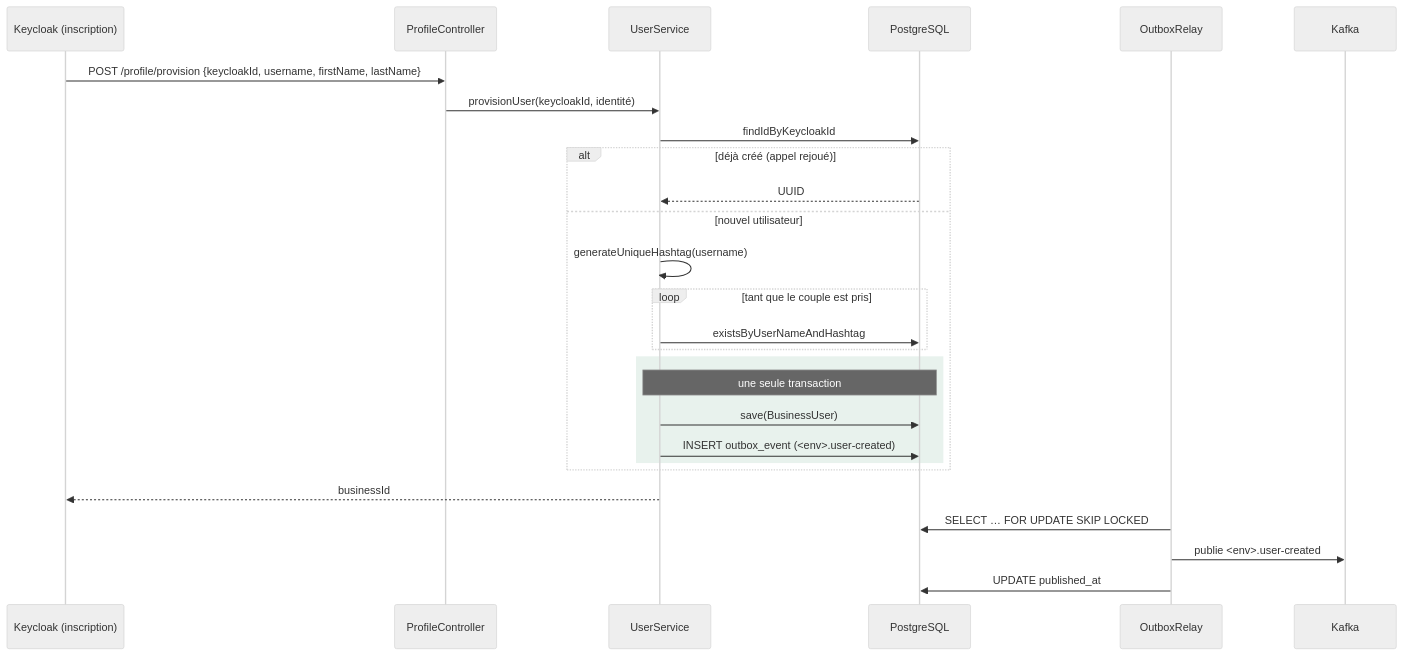
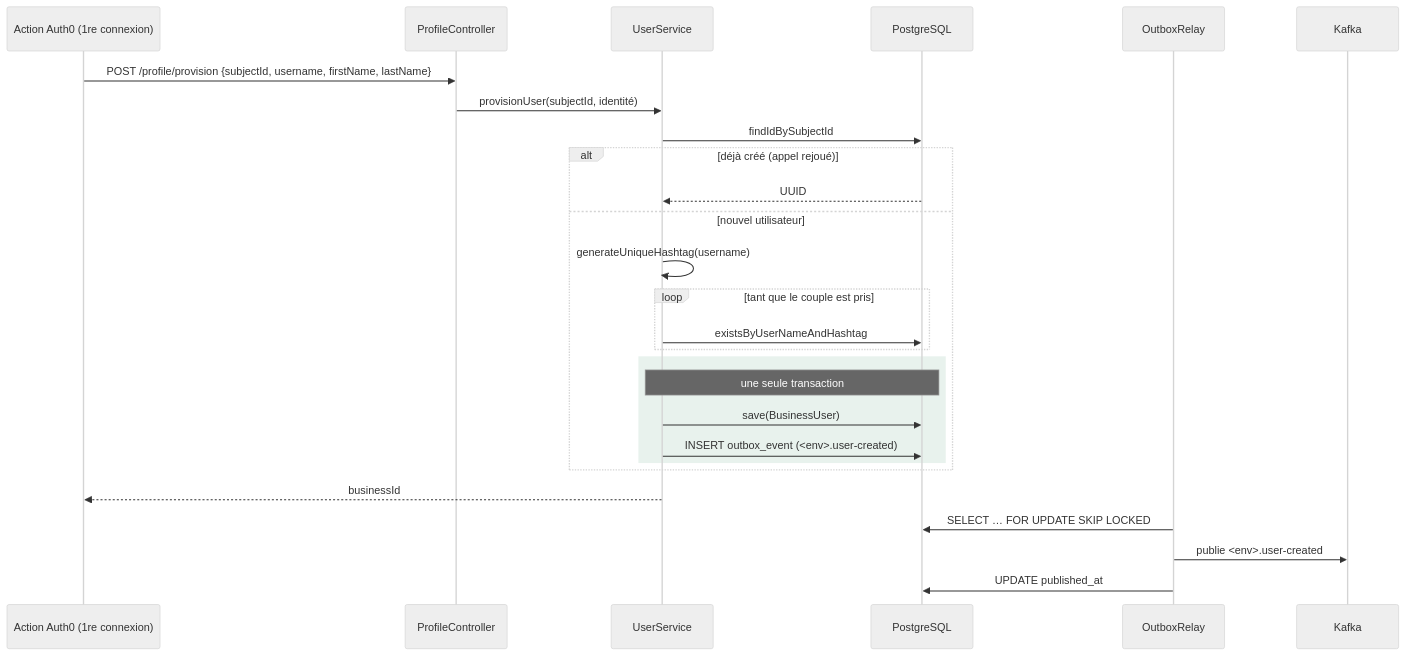
Before and after one commit to WelyLabs/wely-users: the diagram in README.md, drawn with Mermaid (neutral theme). The commit also changed other lines of this file and 46 other files, not shown here.

````diff
--- a/README.md
+++ b/README.md
@@ -95,31 +94,31 @@
 ```mermaid
 sequenceDiagram
-    participant KC as Keycloak (inscription)
+    participant A as Action Auth0 (1re connexion)
     participant C as ProfileController
     participant S as UserService
     participant DB as PostgreSQL
     participant R as OutboxRelay
     participant K as Kafka
 
-    KC->>C: POST /profile/provision {keycloakId, username, firstName, lastName}
-    C->>S: provisionUser(keycloakId, identité)
-    S->>DB: findIdByKeycloakId
+    A->>C: POST /profile/provision {subjectId, username, firstName, lastName}
+    C->>S: provisionUser(subjectId, identité)
+    S->>DB: findIdBySubjectId
     alt déjà créé (appel rejoué)
         DB-->>S: UUID
     else nouvel utilisateur
         S->>S: generateUniqueHashtag(username)
         loop tant que le couple est pris
             S->>DB: existsByUserNameAndHashtag
         end
         rect rgb(232, 242, 237)
             note over S,DB: une seule transaction
             S->>DB: save(BusinessUser)
             S->>DB: INSERT outbox_event (<env>.user-created)
         end
     end
-    S-->>KC: businessId
+    S-->>A: businessId
 
     R->>DB: SELECT … FOR UPDATE SKIP LOCKED
     R->>K: publie <env>.user-created
     R->>DB: UPDATE published_at
 ```
````
